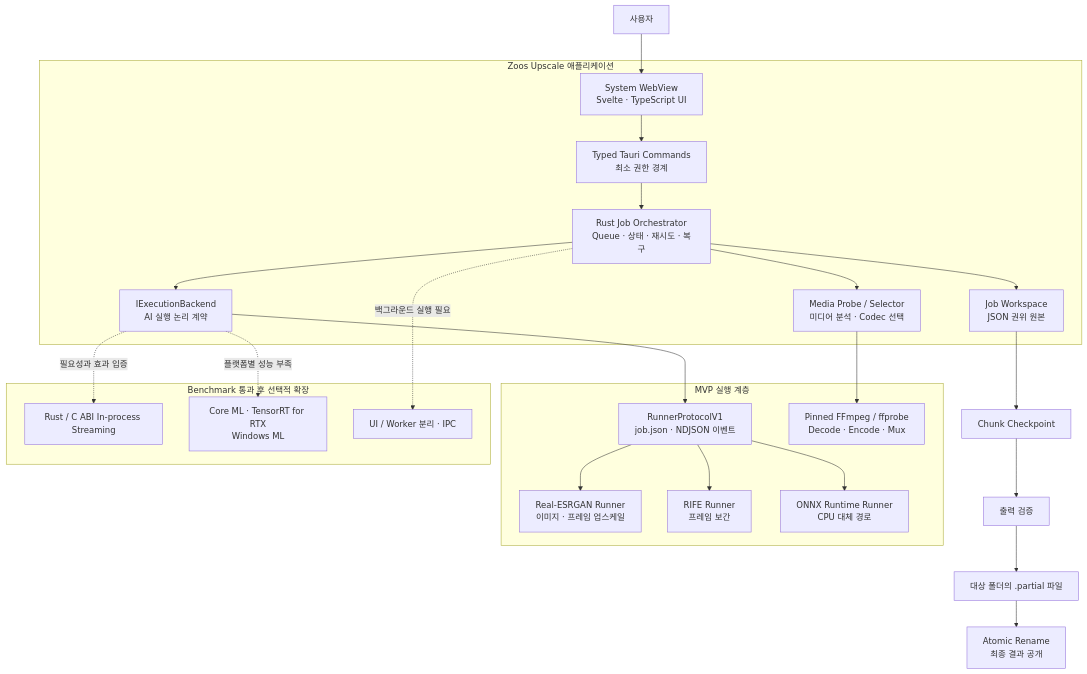
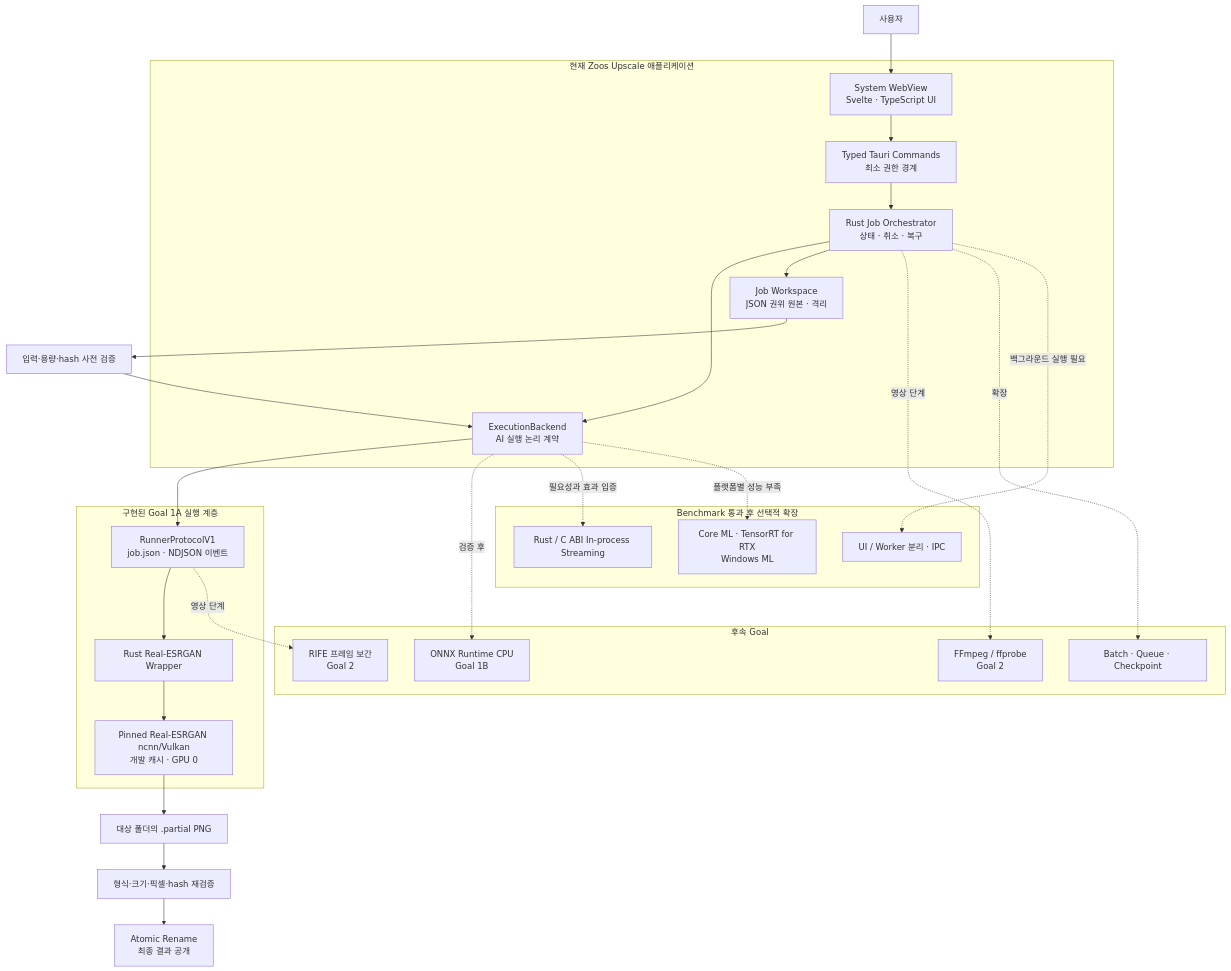
One commit to zooslab/zoos-upscale changed the first of 9 diagrams in ARCHITECTURE.md. Above: the diagram before and after it, drawn with Mermaid. The commit also changed other lines of this file and 1 other file, not shown here.

Commit message:
docs: Goal 1A 구현 현황 반영

````diff
--- a/ARCHITECTURE.md
+++ b/ARCHITECTURE.md
@@ -24,35 +35,45 @@
 ```mermaid
 flowchart TB
     USER["사용자"] --> UI["System WebView<br/>Svelte · TypeScript UI"]
 
-    subgraph APP["Zoos Upscale 애플리케이션"]
+    subgraph APP["현재 Zoos Upscale 애플리케이션"]
         UI --> CMD["Typed Tauri Commands<br/>최소 권한 경계"]
-        CMD --> ORCH["Rust Job Orchestrator<br/>Queue · 상태 · 재시도 · 복구"]
-        ORCH --> EXEC["IExecutionBackend<br/>AI 실행 논리 계약"]
-        ORCH --> MEDIA["Media Probe / Selector<br/>미디어 분석 · Codec 선택"]
-        ORCH --> STORE["Job Workspace<br/>JSON 권위 원본"]
+        CMD --> ORCH["Rust Job Orchestrator<br/>상태 · 취소 · 복구"]
+        ORCH --> EXEC["ExecutionBackend<br/>AI 실행 논리 계약"]
+        ORCH --> STORE["Job Workspace<br/>JSON 권위 원본 · 격리"]
     end
 
-    subgraph MVP["MVP 실행 계층"]
+    subgraph G1A["구현된 Goal 1A 실행 계층"]
         EXEC --> PROTOCOL["RunnerProtocolV1<br/>job.json · NDJSON 이벤트"]
-        PROTOCOL --> ESR["Real-ESRGAN Runner<br/>이미지 · 프레임 업스케일"]
-        PROTOCOL --> RIFE["RIFE Runner<br/>프레임 보간"]
-        PROTOCOL --> ORT["ONNX Runtime Runner<br/>CPU 대체 경로"]
-        MEDIA --> FFMPEG["Pinned FFmpeg / ffprobe<br/>Decode · Encode · Mux"]
+        PROTOCOL --> WRAP["Rust Real-ESRGAN Wrapper"]
+        WRAP --> ESR["Pinned Real-ESRGAN ncnn/Vulkan<br/>개발 캐시 · GPU 0"]
     end
 
-    STORE --> CHECKPOINT["Chunk Checkpoint"]
-    CHECKPOINT --> VERIFY["출력 검증"]
-    VERIFY --> PARTIAL["대상 폴더의 .partial 파일"]
-    PARTIAL --> OUTPUT["Atomic Rename<br/>최종 결과 공개"]
+    STORE --> PREFLIGHT["입력·용량·hash 사전 검증"]
+    PREFLIGHT --> EXEC
+    ESR --> PARTIAL["대상 폴더의 .partial PNG"]
+    PARTIAL --> VERIFY["형식·크기·픽셀·hash 재검증"]
+    VERIFY --> OUTPUT["Atomic Rename<br/>최종 결과 공개"]
+
+    subgraph NEXT["후속 Goal"]
+        ORT["ONNX Runtime CPU<br/>Goal 1B"]
+        MEDIA["FFmpeg / ffprobe<br/>Goal 2"]
+        RIFE["RIFE 프레임 보간<br/>Goal 2"]
+        QUEUE["Batch · Queue · Checkpoint"]
+    end
+
+    EXEC -. 검증 후 .-> ORT
+    ORCH -. 영상 단계 .-> MEDIA
+    PROTOCOL -. 영상 단계 .-> RIFE
+    ORCH -. 확장 .-> QUEUE
 
     subgraph LATER["Benchmark 통과 후 선택적 확장"]
         NATIVE["Rust / C ABI In-process Streaming"]
         VENDOR["Core ML · TensorRT for RTX<br/>Windows ML"]
         WORKER["UI / Worker 분리 · IPC"]
     end
 
     EXEC -. 필요성과 효과 입증 .-> NATIVE
     EXEC -. 플랫폼별 성능 부족 .-> VENDOR
     ORCH -. 백그라운드 실행 필요 .-> WORKER
 ```
````
